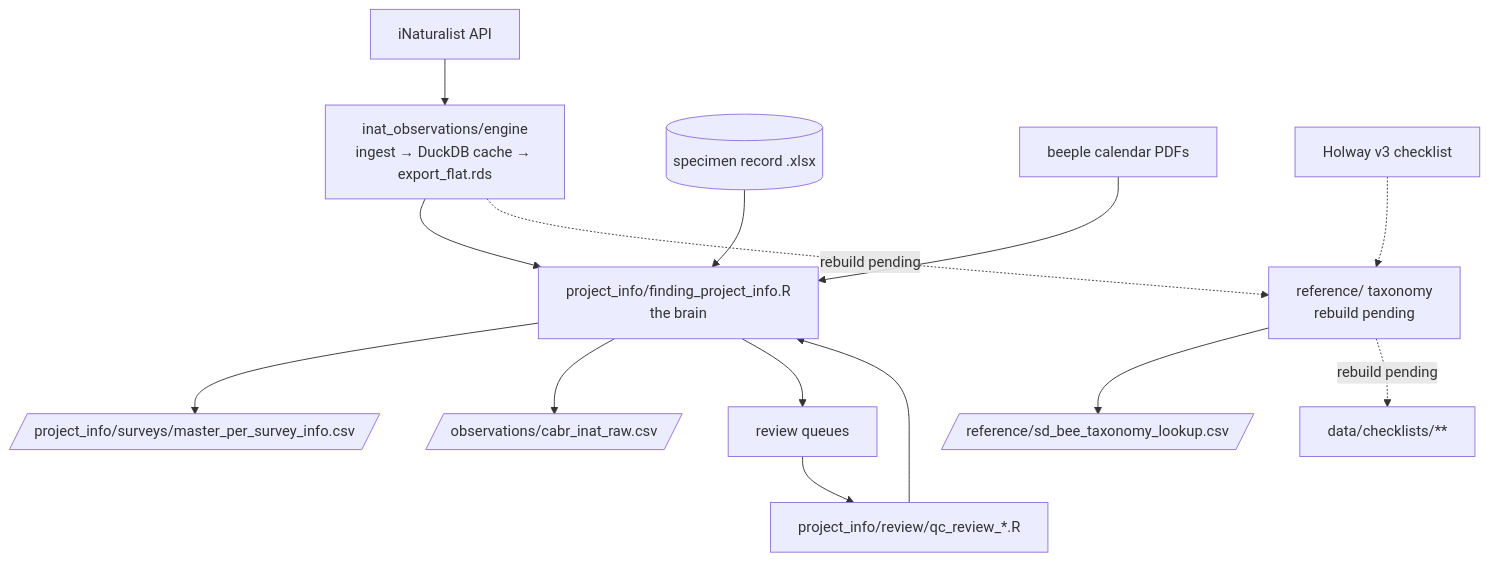
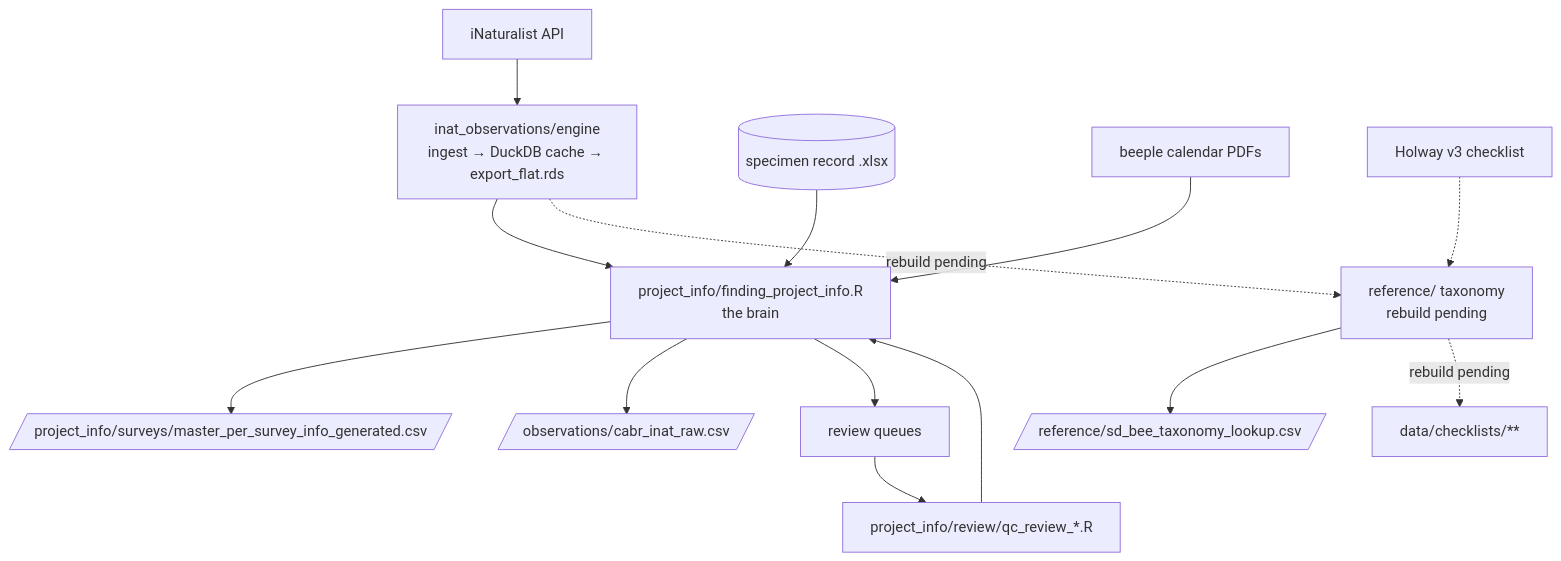
One commit to RandomBirdLover/beescabr changed the diagram in dev-docs/SCRIPTS_GUIDE.md. Above: the diagram before and after it, drawn with Mermaid. The commit also changed other lines of this file and 38 other files, not shown here.

````diff
--- a/dev-docs/SCRIPTS_GUIDE.md
+++ b/dev-docs/SCRIPTS_GUIDE.md
@@ -56,13 +56,13 @@
 ```mermaid
 flowchart TD
   API[iNaturalist API] --> ENG[inat_observations/engine<br/>ingest → DuckDB cache → export_flat.rds]
   ENG --> BRAIN[project_info/finding_project_info.R<br/>the brain]
   SPEC[(specimen record .xlsx)] --> BRAIN
   CAL[beeple calendar PDFs] --> BRAIN
-  BRAIN --> PSI[/project_info/surveys/master_per_survey_info.csv/]
+  BRAIN --> PSI[/project_info/surveys/master_per_survey_info_generated.csv/]
   BRAIN --> RAW[/observations/cabr_inat_raw.csv/]
   BRAIN --> REV[review queues] --> RW[project_info/review/qc_review_*.R] --> BRAIN
   ENG -.rebuild pending.-> REF[reference/ taxonomy<br/>rebuild pending] --> LOOK[/reference/sd_bee_taxonomy_lookup.csv/]
   HOL[Holway v3 checklist] -.-> REF
   REF -.rebuild pending.-> CHK[data/checklists/**]
 ```
````
